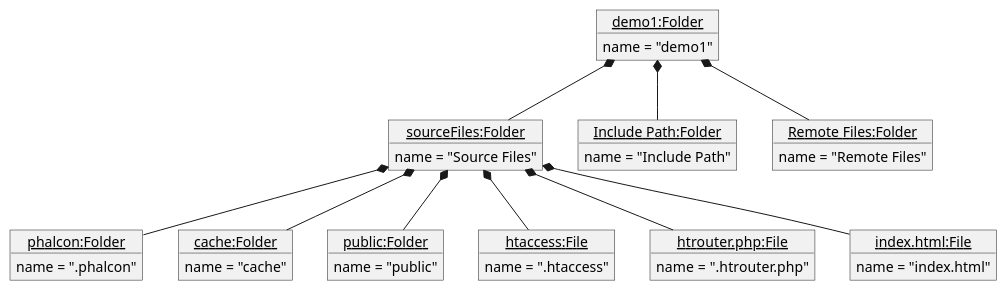
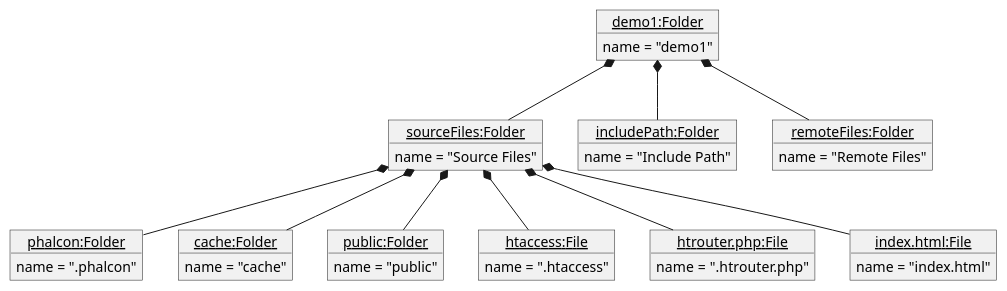
The diagram in src/src/main/java/org/example/Question_4_Object_Diagram.puml (thanhdat1902/homework-2-plantuml), drawn with PlantUML before and after one commit. The commit also changed 5 other files, not shown here.

Commit message:
fix: change object diagram

```diff
--- a/src/src/main/java/org/example/Question_4_Object_Diagram.puml
+++ b/src/src/main/java/org/example/Question_4_Object_Diagram.puml
@@ -1,50 +1,50 @@
 @startuml
 'https://plantuml.com/object-diagram
 
 object "<u>demo1:Folder</u>" as demo1{
 name = "demo1"
 }
 object "<u>sourceFiles:Folder</u>" as sourceFiles{
 name = "Source Files"
 }
-object "<u>Include Path:Folder</u>" as includePath{
+object "<u>includePath:Folder</u>" as includePath{
 name = "Include Path"
 }
-object "<u>Remote Files:Folder</u>" as remoteFiles{
+object "<u>remoteFiles:Folder</u>" as remoteFiles{
 name = "Remote Files"
 }
 
 
 object "<u>phalcon:Folder</u>" as phalcon{
 name = ".phalcon"
 }
 object "<u>cache:Folder</u>" as cache{
 name = "cache"
 }
 object "<u>public:Folder</u>" as public{
 name = "public"
 }
 object "<u>htaccess:File</u>" as htaccess{
 name = ".htaccess"
 }
 object "<u>htrouter.php:File</u>" as htrouter{
 name = ".htrouter.php"
  }
 object "<u>index.html:File</u>" as index{
 name = "index.html"
  }
 
 
 
 
 
 demo1 *-- sourceFiles
 demo1 *-- includePath
 demo1 *-- remoteFiles
 sourceFiles *-- phalcon
 sourceFiles *-- cache
 sourceFiles *-- public
 sourceFiles *-- htaccess
 sourceFiles *-- htrouter
 sourceFiles *-- index
 @enduml
```
